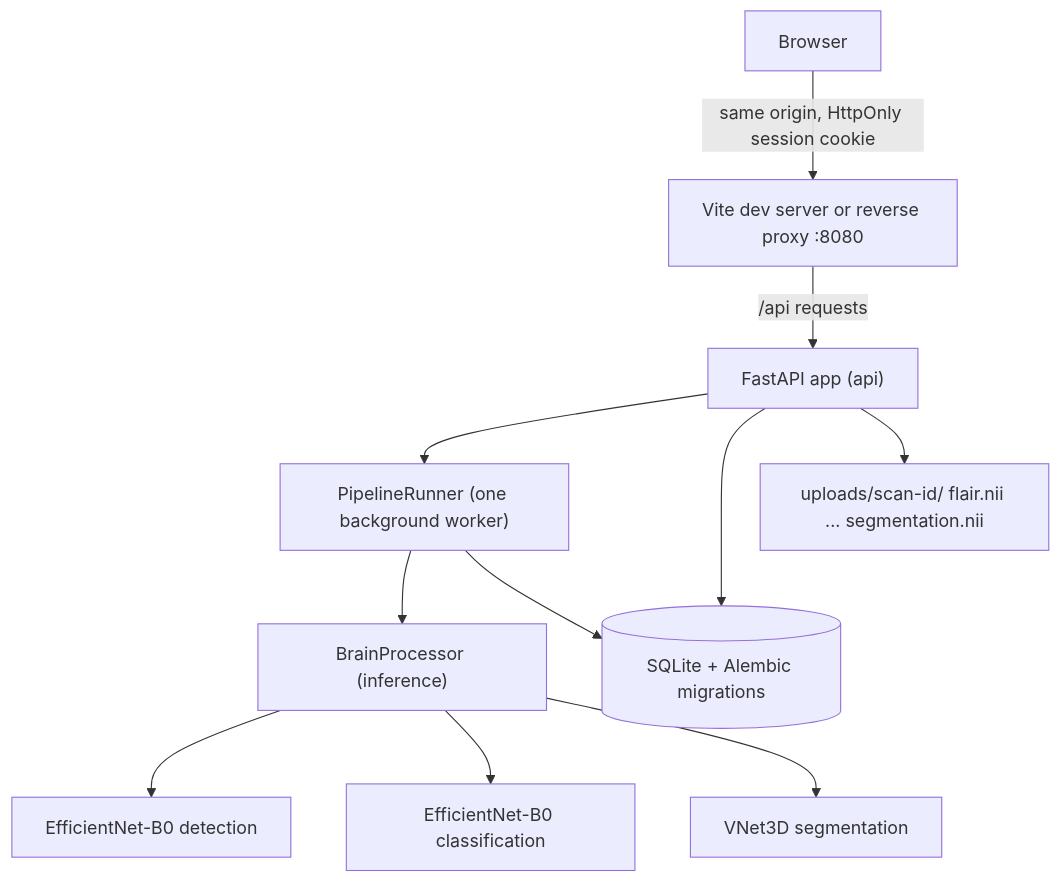
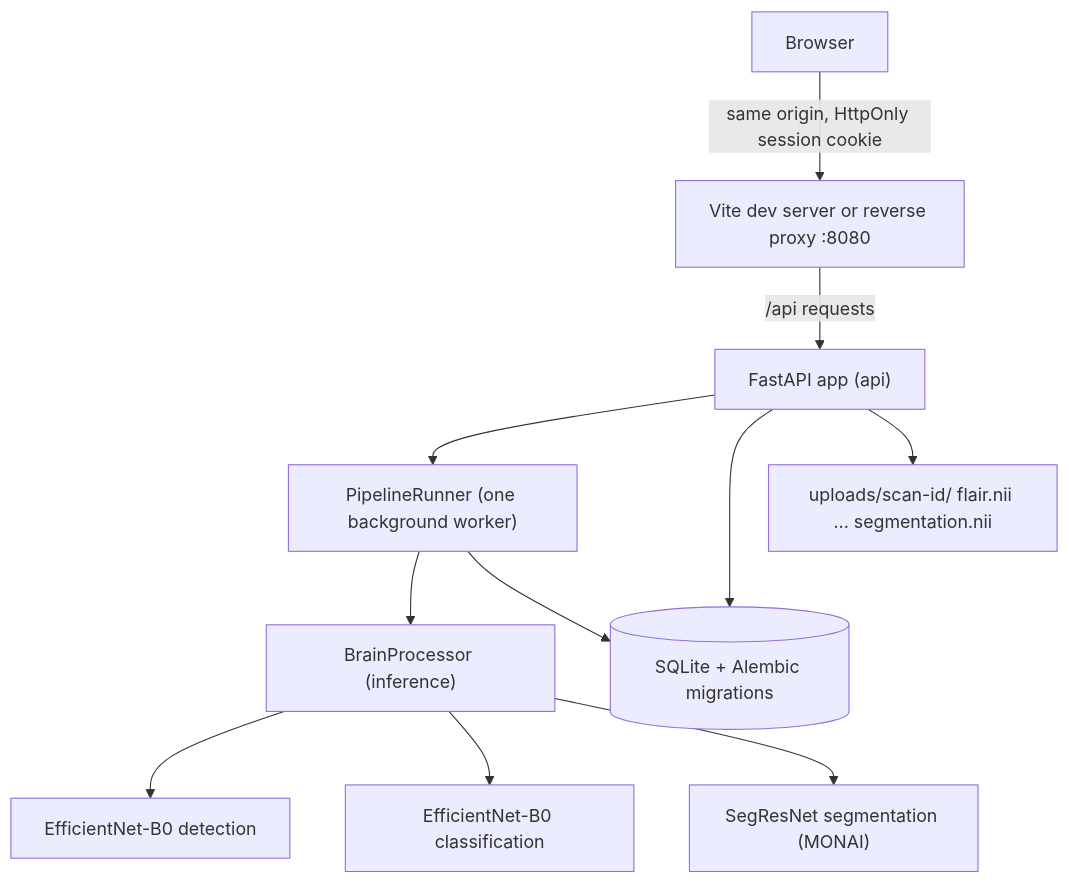
One commit to parthmital/NeuroScan-AI changed the first of 6 diagrams in Materials/Report Template.md. Above: the diagram before and after it, drawn with Mermaid. The commit also changed other lines of this file and 126 other files, not shown here.

````diff
--- a/Materials/Report Template.md
+++ b/Materials/Report Template.md
@@ -498,13 +499,13 @@
 ```mermaid
 flowchart TB
     U[Browser] -->|"same origin, HttpOnly session cookie"| F["Vite dev server or reverse proxy :8080"]
     F -->|"/api requests"| B["FastAPI app (api)"]
     B --> Q["PipelineRunner (one background worker)"]
     Q --> P["BrainProcessor (inference)"]
     P --> M1["EfficientNet-B0 detection"]
     P --> M2["EfficientNet-B0 classification"]
-    P --> M3["VNet3D segmentation"]
+    P --> M3["SegResNet segmentation (MONAI)"]
     B --> DB[("SQLite + Alembic migrations")]
     Q --> DB
     B --> FS["uploads/scan-id/ flair.nii ... segmentation.nii"]
 ```
````
